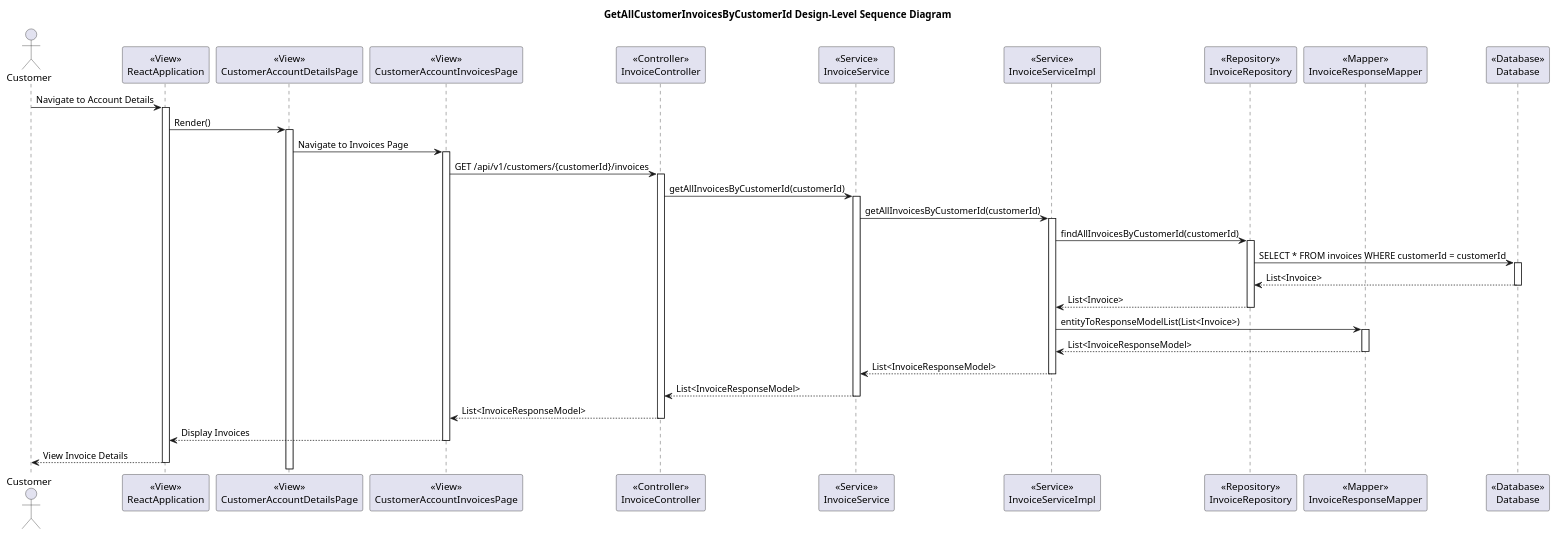
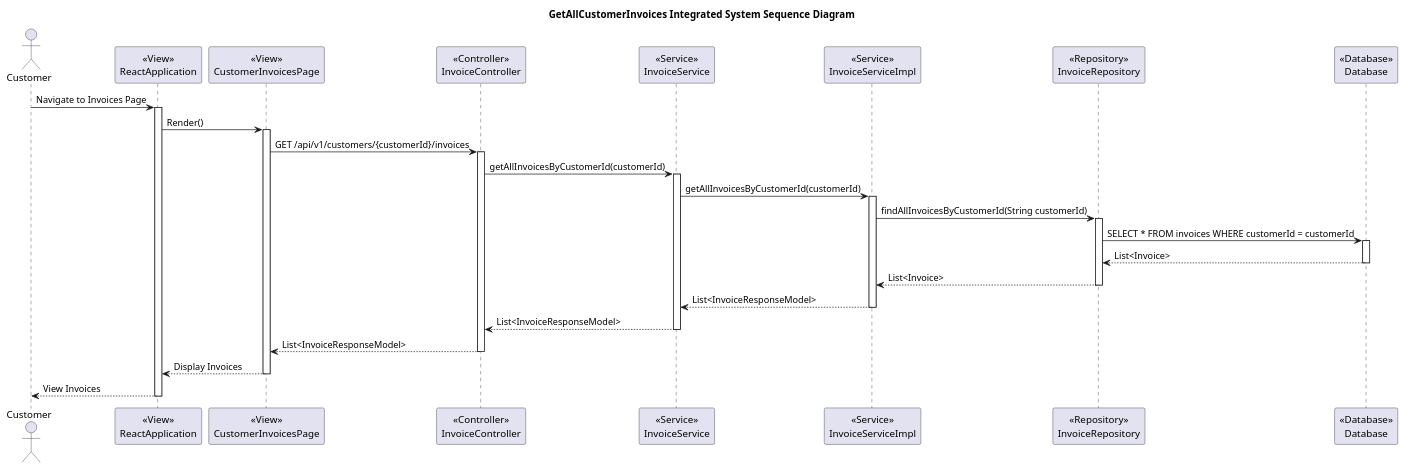
One commit to Iantomasi/ateliermecanique-ws changed the diagram in diagrams/2-customer/Invoices/GetAllCustomerInvoices/2.2-GetAllCustomerInvoicesDesignLevelSequenceDiagram.puml. Above: the diagram before and after it, drawn with PlantUML. The commit also changed 52 other files, not shown here.

```diff
--- a/diagrams/2-customer/Invoices/GetAllCustomerInvoices/2.2-GetAllCustomerInvoicesDesignLevelSequenceDiagram.puml
+++ b/diagrams/2-customer/Invoices/GetAllCustomerInvoices/2.2-GetAllCustomerInvoicesDesignLevelSequenceDiagram.puml
@@ -1,67 +1,56 @@
 @startuml
-title GetAllCustomerInvoicesByCustomerId Design-Level Sequence Diagram
+title GetAllCustomerInvoices Integrated System Sequence Diagram
 
 actor Customer
 
 participant ReactApplication as "<<View>>\nReactApplication"
-participant CustomerAccountDetailsPage as "<<View>>\nCustomerAccountDetailsPage"
-participant CustomerAccountInvoicesPage as "<<View>>\nCustomerAccountInvoicesPage"
+participant CustomerInvoicesPage as "<<View>>\nCustomerInvoicesPage"
 participant InvoiceController as "<<Controller>>\nInvoiceController"
 participant InvoiceService as "<<Service>>\nInvoiceService"
 participant InvoiceServiceImpl as "<<Service>>\nInvoiceServiceImpl"
 participant InvoiceRepository as "<<Repository>>\nInvoiceRepository"
-participant InvoiceResponseMapper as "<<Mapper>>\nInvoiceResponseMapper"
 participant Database as "<<Database>>\nDatabase"
 
-Customer -> ReactApplication: Navigate to Account Details
+Customer -> ReactApplication: Navigate to Invoices Page
 activate ReactApplication
 
-ReactApplication -> CustomerAccountDetailsPage: Render()
-activate CustomerAccountDetailsPage
+ReactApplication -> CustomerInvoicesPage: Render()
+activate CustomerInvoicesPage
 
-CustomerAccountDetailsPage -> CustomerAccountInvoicesPage: Navigate to Invoices Page
-activate CustomerAccountInvoicesPage
-
-CustomerAccountInvoicesPage -> InvoiceController: GET /api/v1/customers/{customerId}/invoices
+CustomerInvoicesPage -> InvoiceController: GET /api/v1/customers/{customerId}/invoices
 activate InvoiceController
 
 InvoiceController -> InvoiceService: getAllInvoicesByCustomerId(customerId)
 activate InvoiceService
 
 InvoiceService -> InvoiceServiceImpl: getAllInvoicesByCustomerId(customerId)
 activate InvoiceServiceImpl
 
-InvoiceServiceImpl -> InvoiceRepository: findAllInvoicesByCustomerId(customerId)
+InvoiceServiceImpl -> InvoiceRepository: findAllInvoicesByCustomerId(String customerId)
 activate InvoiceRepository
 
 InvoiceRepository -> Database: SELECT * FROM invoices WHERE customerId = customerId
 activate Database
 
 Database --> InvoiceRepository: List<Invoice>
 deactivate Database
 
 InvoiceRepository --> InvoiceServiceImpl: List<Invoice>
 deactivate InvoiceRepository
 
-InvoiceServiceImpl -> InvoiceResponseMapper: entityToResponseModelList(List<Invoice>)
-activate InvoiceResponseMapper
-
-InvoiceResponseMapper --> InvoiceServiceImpl: List<InvoiceResponseModel>
-deactivate InvoiceResponseMapper
-
 InvoiceServiceImpl --> InvoiceService: List<InvoiceResponseModel>
 deactivate InvoiceServiceImpl
 
 InvoiceService --> InvoiceController: List<InvoiceResponseModel>
 deactivate InvoiceService
 
-InvoiceController --> CustomerAccountInvoicesPage: List<InvoiceResponseModel>
+InvoiceController --> CustomerInvoicesPage: List<InvoiceResponseModel>
 deactivate InvoiceController
 
-CustomerAccountInvoicesPage --> ReactApplication: Display Invoices
-deactivate CustomerAccountInvoicesPage
+CustomerInvoicesPage --> ReactApplication: Display Invoices
+deactivate CustomerInvoicesPage
 
-ReactApplication --> Customer: View Invoice Details
+ReactApplication --> Customer: View Invoices
 deactivate ReactApplication
 
 @enduml
```
